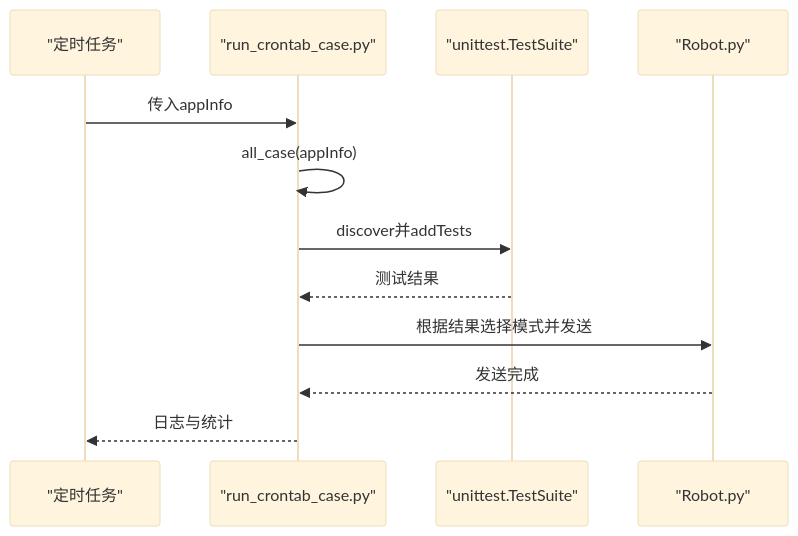
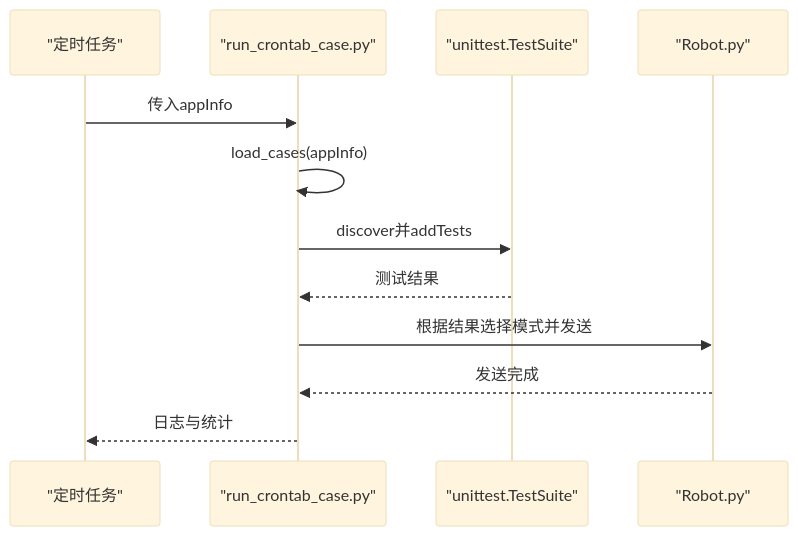
Before and after one commit to liximing1-ola/qa-payTest: the fifth of 7 diagrams in .qoder/repowiki/zh/content/测试工具与脚本/辅助脚本工具.md, drawn with Mermaid (base theme). The commit also changed other lines of this file and 5 other files, not shown here.

````diff
--- a/.qoder/repowiki/zh/content/测试工具与脚本/辅助脚本工具.md
+++ b/.qoder/repowiki/zh/content/测试工具与脚本/辅助脚本工具.md
@@ -251,14 +250,14 @@
 ```mermaid
 sequenceDiagram
 participant Cron as "定时任务"
 participant Runner as "run_crontab_case.py"
 participant Suite as "unittest.TestSuite"
 participant Robot as "Robot.py"
 Cron->>Runner : 传入appInfo
-Runner->>Runner : all_case(appInfo)
+Runner->>Runner : load_cases(appInfo)
 Runner->>Suite : discover并addTests
 Suite-->>Runner : 测试结果
 Runner->>Robot : 根据结果选择模式并发送
 Robot-->>Runner : 发送完成
 Runner-->>Cron : 日志与统计
 ```
````
